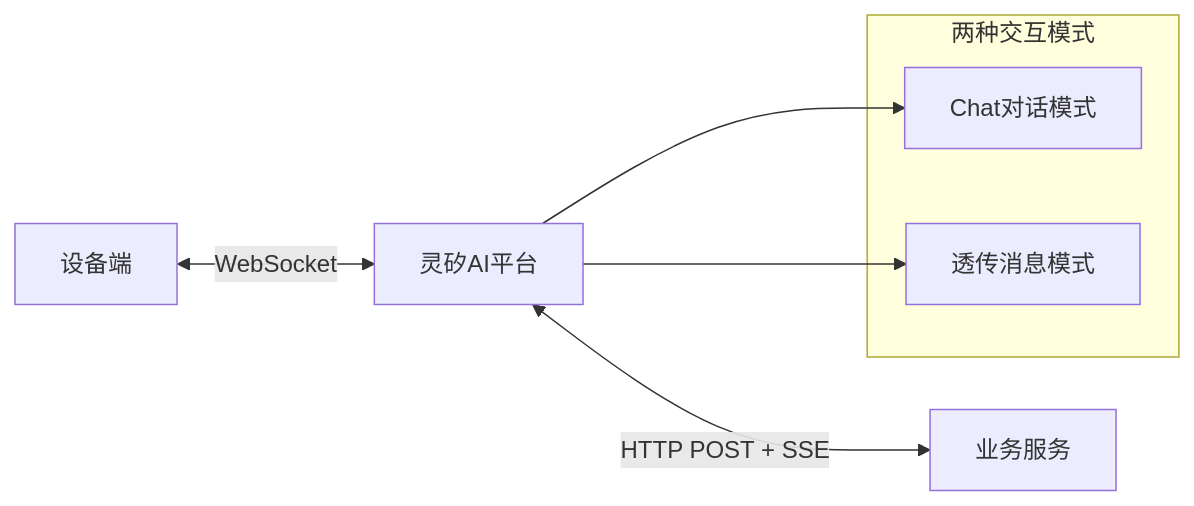
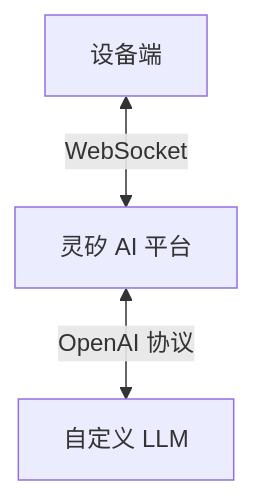
One commit to qiniu/Xrobot-docs changed the diagram in docs/xrobot/guide/third-app.md. Above: the diagram before and after it, drawn with Mermaid. The commit also changed other lines of this file and 6 other files, not shown here.

````diff
--- a/docs/xrobot/guide/third-app.md
+++ b/docs/xrobot/guide/third-app.md
@@ -15,13 +9,5 @@
 ```mermaid
-graph LR
-    A[设备端] <-->|WebSocket| B[灵矽AI平台]
-    B <-->|HTTP POST + SSE| C[业务服务]
-    
-    subgraph "两种交互模式"
-        D[Chat对话模式]
-        E[透传消息模式]
-    end
-    
-    B --> D
-    B --> E
+flowchart TD
+    Device[设备端] <-->|WebSocket| Platform[灵矽 AI 平台]
+    Platform <-->|OpenAI 协议| LLM[自定义 LLM]
 ```
````
